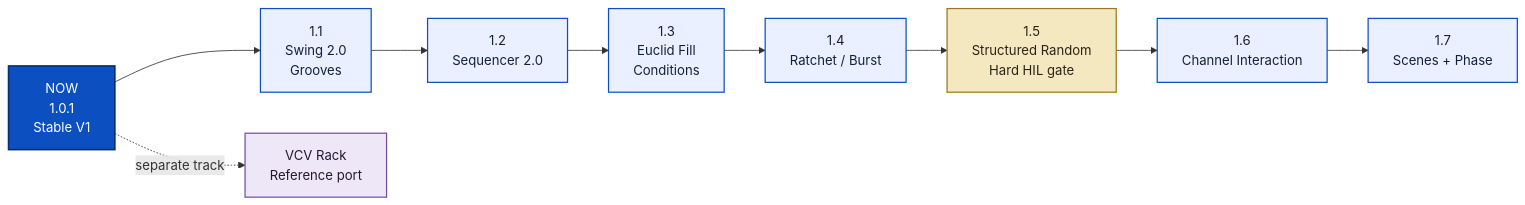
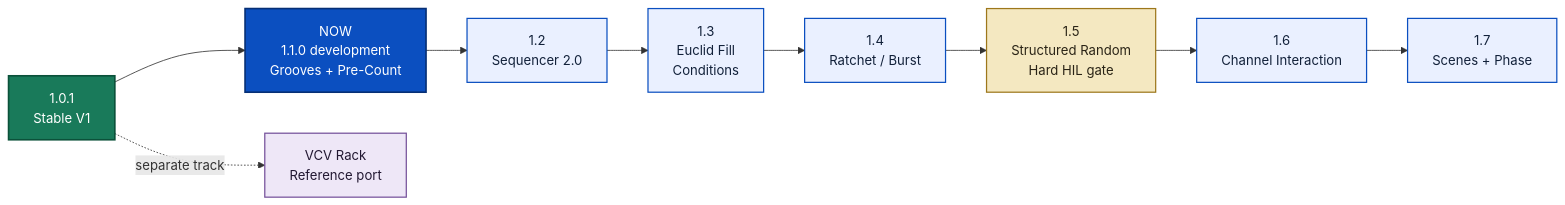
One commit to napolitano/eurorack-clock-firmware changed the diagram in README.md. Above: the diagram before and after it, drawn with Mermaid. The commit also changed other lines of this file and 49 other files, not shown here.

````diff
--- a/README.md
+++ b/README.md
@@ -51,16 +74,17 @@
 ```mermaid
 flowchart LR
-    V1["NOW<br/>1.0.1<br/>Stable V1"] --> G["1.1<br/>Swing 2.0<br/>Grooves"] --> S["1.2<br/>Sequencer 2.0"] --> E["1.3<br/>Euclid Fill<br/>Conditions"] --> R["1.4<br/>Ratchet / Burst"] --> N["1.5<br/>Structured Random<br/>Hard HIL gate"] --> I["1.6<br/>Channel Interaction"] --> P["1.7<br/>Scenes + Phase"]
+    V1["1.0.1<br/>Stable V1"] --> G["NOW<br/>1.1.0 development<br/>Grooves + Pre-Count"] --> S["1.2<br/>Sequencer 2.0"] --> E["1.3<br/>Euclid Fill<br/>Conditions"] --> R["1.4<br/>Ratchet / Burst"] --> N["1.5<br/>Structured Random<br/>Hard HIL gate"] --> I["1.6<br/>Channel Interaction"] --> P["1.7<br/>Scenes + Phase"]
     V1 -. separate track .-> VCV["VCV Rack<br/>Reference port"]
 
     classDef current fill:#0B4FC0,color:#ffffff,stroke:#062F75,stroke-width:2px;
     classDef stable fill:#197A5A,color:#ffffff,stroke:#0B513A,stroke-width:2px;
     classDef planned fill:#EAF0FF,color:#12213A,stroke:#0B4FC0,stroke-width:1.5px;
     classDef gate fill:#F4E8C1,color:#2A2416,stroke:#9D771B,stroke-width:1.5px;
     classDef virtual fill:#EEE7F7,color:#221832,stroke:#74509A,stroke-width:1.5px;
 
-    class V1 current;
-    class G,S,E,R,I,P planned;
+    class V1 stable;
+    class G current;
+    class S,E,R,I,P planned;
     class N gate;
     class VCV virtual;
 ```
````
